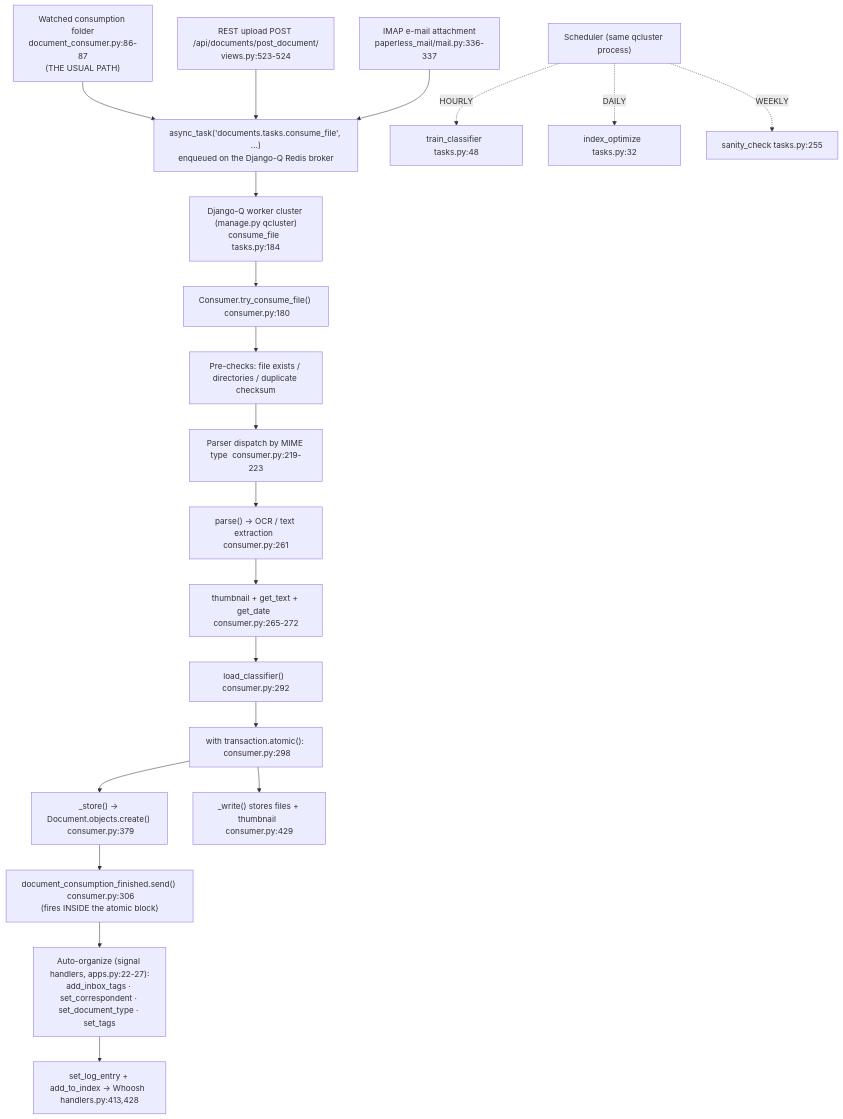
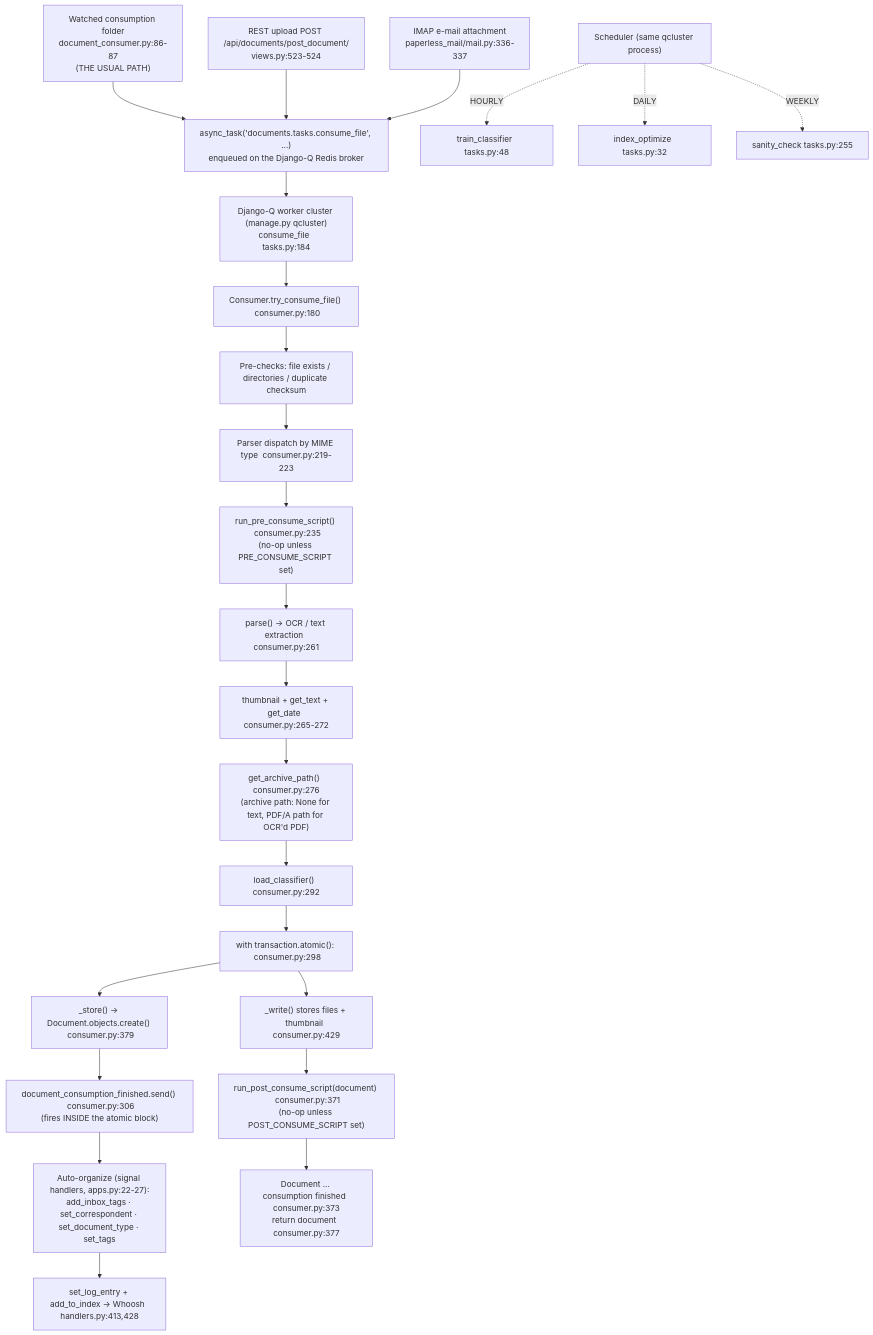
Before and after one commit to blitzy-research/paperless-ngx: the diagram in blitzy/documentation/paperless-ngx_542221a38dff.md, drawn with Mermaid. The commit also changed other lines of this file, not shown here.

````diff
--- a/blitzy/documentation/paperless-ngx_542221a38dff.md
+++ b/blitzy/documentation/paperless-ngx_542221a38dff.md
@@ -45,23 +45,27 @@
 ```mermaid
 flowchart TD
     A["Watched consumption folder<br/>document_consumer.py:86-87<br/>(THE USUAL PATH)"] --> Q
     B["REST upload POST /api/documents/post_document/<br/>views.py:523-524"] --> Q
     C["IMAP e-mail attachment<br/>paperless_mail/mail.py:336-337"] --> Q
     Q["async_task('documents.tasks.consume_file', ...)<br/>enqueued on the Django-Q Redis broker"] --> W
     W["Django-Q worker cluster (manage.py qcluster)<br/>consume_file  tasks.py:184"] --> D
     D["Consumer.try_consume_file()  consumer.py:180"] --> E["Pre-checks: file exists / directories / duplicate checksum"]
     E --> F["Parser dispatch by MIME type  consumer.py:219-223"]
-    F --> G["parse() → OCR / text extraction  consumer.py:261"]
+    F --> PRE["run_pre_consume_script()  consumer.py:235<br/>(no-op unless PRE_CONSUME_SCRIPT set)"]
+    PRE --> G["parse() → OCR / text extraction  consumer.py:261"]
     G --> H["thumbnail + get_text + get_date  consumer.py:265-272"]
-    H --> I["load_classifier()  consumer.py:292"]
+    H --> AR["get_archive_path()  consumer.py:276<br/>(archive path: None for text, PDF/A path for OCR'd PDF)"]
+    AR --> I["load_classifier()  consumer.py:292"]
     I --> J["with transaction.atomic():  consumer.py:298"]
     J --> K["_store() → Document.objects.create()  consumer.py:379"]
     K --> L["document_consumption_finished.send()  consumer.py:306<br/>(fires INSIDE the atomic block)"]
     L --> M["Auto-organize (signal handlers, apps.py:22-27):<br/>add_inbox_tags · set_correspondent · set_document_type · set_tags"]
     M --> N["set_log_entry + add_to_index → Whoosh  handlers.py:413,428"]
     J --> O["_write() stores files + thumbnail  consumer.py:429"]
+    O --> POST["run_post_consume_script(document)  consumer.py:371<br/>(no-op unless POST_CONSUME_SCRIPT set)"]
+    POST --> Z["Document ... consumption finished  consumer.py:373<br/>return document  consumer.py:377"]
 
     S["Scheduler (same qcluster process)"] -. "HOURLY" .-> S1["train_classifier  tasks.py:48"]
     S -. "DAILY" .-> S2["index_optimize  tasks.py:32"]
     S -. "WEEKLY" .-> S3["sanity_check  tasks.py:255"]
 ```
````
